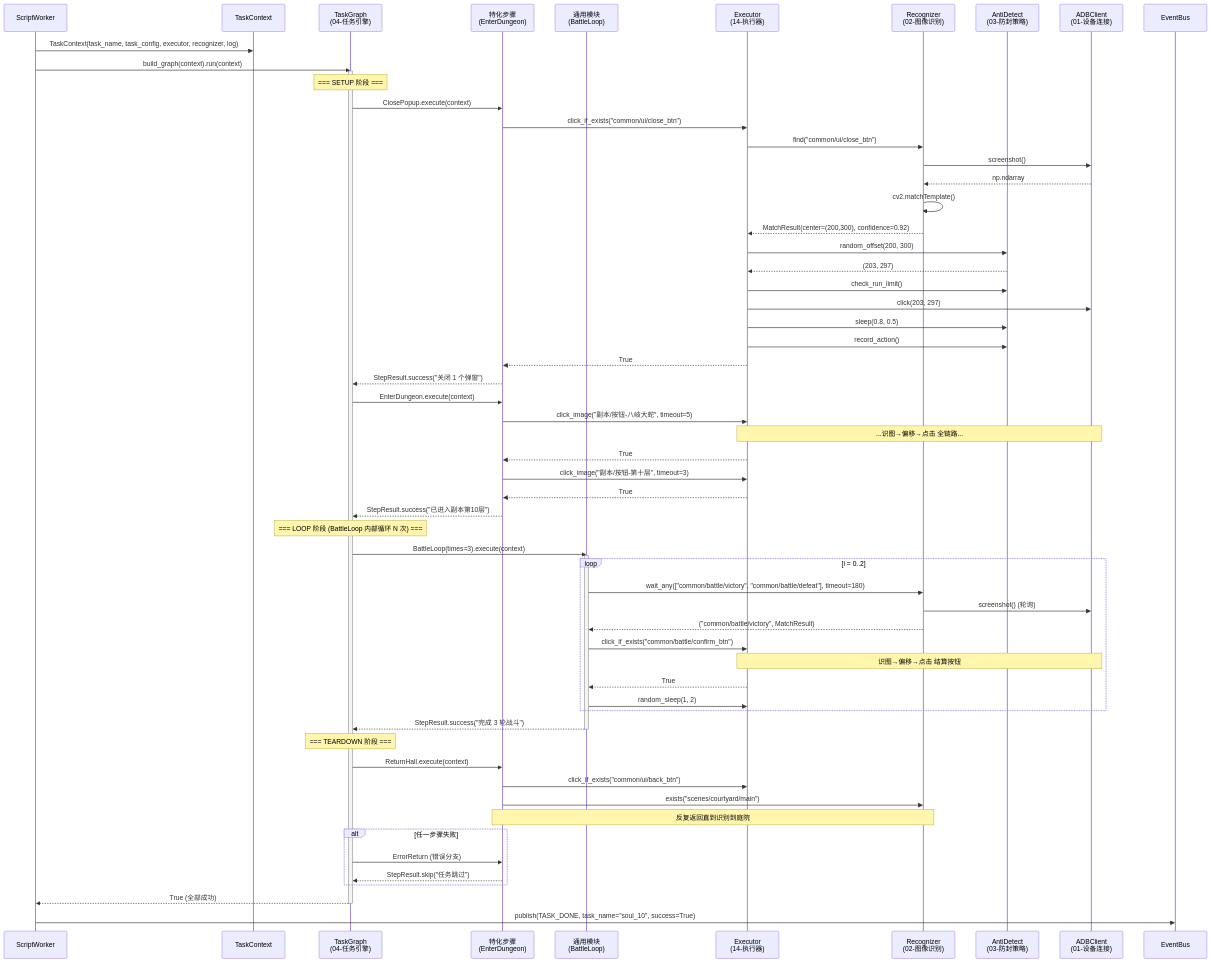
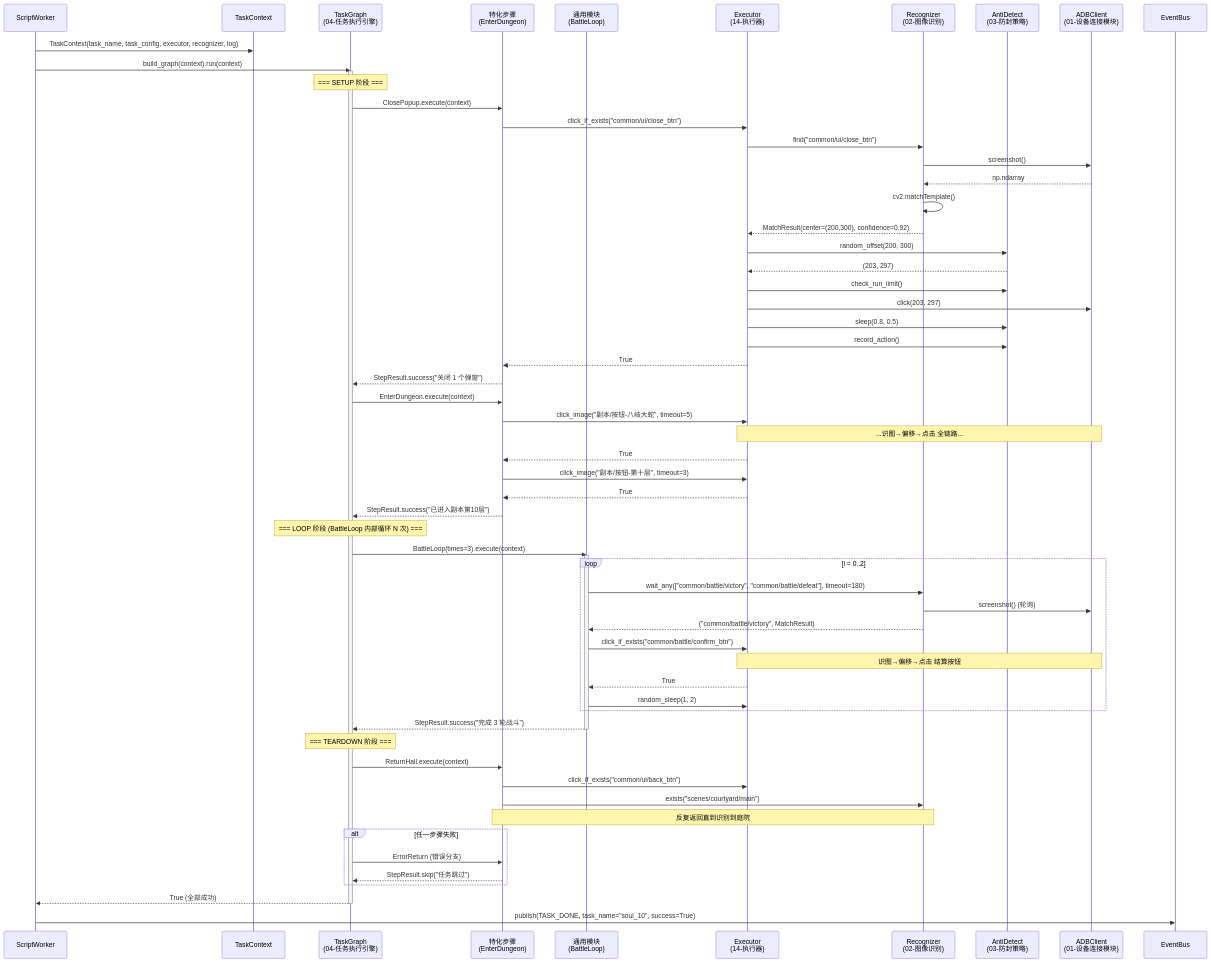
One commit to quchenfeng1/yys changed the fifth of 8 diagrams in 脚本实现/模块间交互时序图.md. Above: the diagram before and after it, drawn with Mermaid. The commit also changed other lines of this file and 41 other files, not shown here.

````diff
--- a/脚本实现/模块间交互时序图.md
+++ b/脚本实现/模块间交互时序图.md
@@ -230,76 +230,76 @@
 ```mermaid
 sequenceDiagram
     participant SW as ScriptWorker
     participant CTX as TaskContext
-    participant GRAPH as TaskGraph<br/>(04-任务引擎)
+    participant GRAPH as TaskGraph<br/>(04-任务执行引擎)
     participant STEP as 特化步骤<br/>(EnterDungeon)
     participant GEN as 通用模块<br/>(BattleLoop)
     participant EXE as Executor<br/>(14-执行器)
     participant REC as Recognizer<br/>(02-图像识别)
     participant AD as AntiDetect<br/>(03-防封策略)
-    participant ADB as ADBClient<br/>(01-设备连接)
+    participant ADB as ADBClient<br/>(01-设备连接模块)
     participant EB as EventBus
 
     SW->>CTX: TaskContext(task_name, task_config, executor, recognizer, log)
     SW->>GRAPH: build_graph(context).run(context)
     
     activate GRAPH
     Note over GRAPH: === SETUP 阶段 ===
     
     GRAPH->>STEP: ClosePopup.execute(context)
     STEP->>EXE: click_if_exists("common/ui/close_btn")
     EXE->>REC: find("common/ui/close_btn")
     REC->>ADB: screenshot()
     ADB-->>REC: np.ndarray
     REC->>REC: cv2.matchTemplate()
     REC-->>EXE: MatchResult(center=(200,300), confidence=0.92)
     EXE->>AD: random_offset(200, 300)
     AD-->>EXE: (203, 297)
     EXE->>AD: check_run_limit()
     EXE->>ADB: click(203, 297)
     EXE->>AD: sleep(0.8, 0.5)
     EXE->>AD: record_action()
     EXE-->>STEP: True
     STEP-->>GRAPH: StepResult.success("关闭 1 个弹窗")
     
     GRAPH->>STEP: EnterDungeon.execute(context)
     STEP->>EXE: click_image("副本/按钮-八岐大蛇", timeout=5)
     Note over EXE,ADB: ...识图→偏移→点击 全链路...
     EXE-->>STEP: True
     STEP->>EXE: click_image("副本/按钮-第十层", timeout=3)
     EXE-->>STEP: True
     STEP-->>GRAPH: StepResult.success("已进入副本第10层")
     
     Note over GRAPH: === LOOP 阶段 (BattleLoop 内部循环 N 次) ===
     
     GRAPH->>GEN: BattleLoop(times=3).execute(context)
     activate GEN
     loop i = 0..2
         GEN->>REC: wait_any(["common/battle/victory", "common/battle/defeat"], timeout=180)
         REC->>ADB: screenshot() (轮询)
         REC-->>GEN: ("common/battle/victory", MatchResult)
         GEN->>EXE: click_if_exists("common/battle/confirm_btn")
         Note over EXE,ADB: 识图→偏移→点击 结算按钮
         EXE-->>GEN: True
         GEN->>EXE: random_sleep(1, 2)
     end
     GEN-->>GRAPH: StepResult.success("完成 3 轮战斗")
     deactivate GEN
     
     Note over GRAPH: === TEARDOWN 阶段 ===
     
     GRAPH->>STEP: ReturnHall.execute(context)
     STEP->>EXE: click_if_exists("common/ui/back_btn")
     STEP->>REC: exists("scenes/courtyard/main")
     Note over STEP,REC: 反复返回直到识别到庭院
     
     alt 任一步骤失败
         GRAPH->>STEP: ErrorReturn (错误分支)
         STEP-->>GRAPH: StepResult.skip("任务跳过")
     end
     
     GRAPH-->>SW: True (全部成功)
     deactivate GRAPH
     
     SW->>EB: publish(TASK_DONE, task_name="soul_10", success=True)
 ```
````
